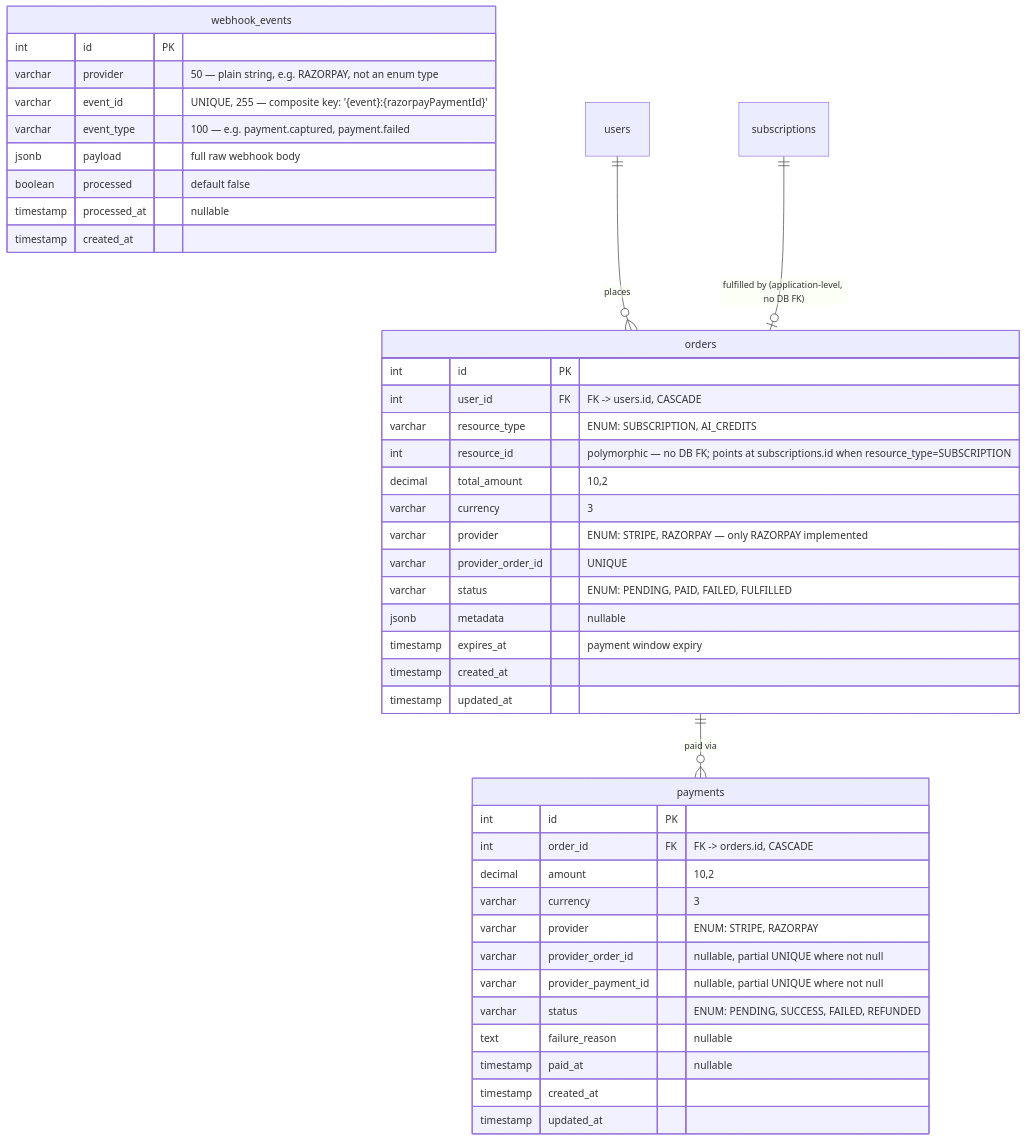
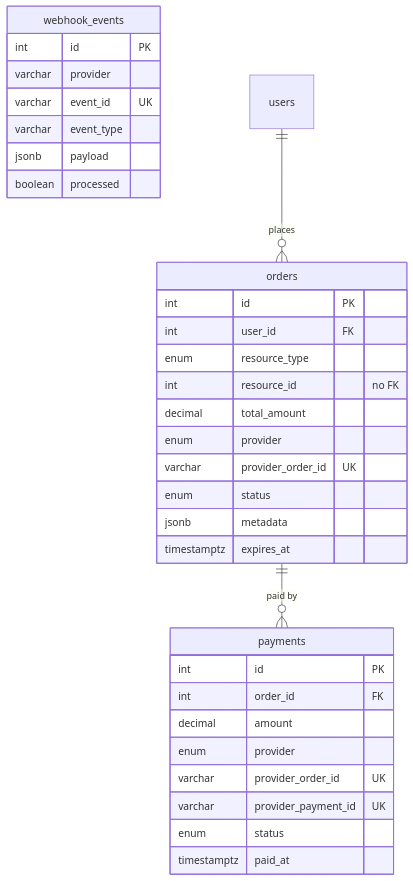
One commit to sharma-dikshant/TestFlow-Docs changed diagram 11 of 14 in docs/erd.md. Above: the diagram before and after it, drawn with Mermaid. The commit also changed other lines of this file and 26 other files, not shown here.

````diff
--- a/docs/erd.md
+++ b/docs/erd.md
@@ -385,49 +1221,35 @@
 ```mermaid
 erDiagram
-
     orders {
         int id PK
-        int user_id FK "FK -> users.id, CASCADE"
-        varchar resource_type "ENUM: SUBSCRIPTION, AI_CREDITS"
-        int resource_id "polymorphic — no DB FK; points at subscriptions.id when resource_type=SUBSCRIPTION"
-        decimal total_amount "10,2"
-        varchar currency "3"
-        varchar provider "ENUM: STRIPE, RAZORPAY — only RAZORPAY implemented"
-        varchar provider_order_id "UNIQUE"
-        varchar status "ENUM: PENDING, PAID, FAILED, FULFILLED"
-        jsonb metadata "nullable"
-        timestamp expires_at "payment window expiry"
-        timestamp created_at
-        timestamp updated_at
+        int user_id FK
+        enum resource_type
+        int resource_id "no FK"
+        decimal total_amount
+        enum provider
+        varchar provider_order_id UK
+        enum status
+        jsonb metadata
+        timestamptz expires_at
     }
-
     payments {
         int id PK
-        int order_id FK "FK -> orders.id, CASCADE"
-        decimal amount "10,2"
-        varchar currency "3"
-        varchar provider "ENUM: STRIPE, RAZORPAY"
-        varchar provider_order_id "nullable, partial UNIQUE where not null"
-        varchar provider_payment_id "nullable, partial UNIQUE where not null"
-        varchar status "ENUM: PENDING, SUCCESS, FAILED, REFUNDED"
-        text failure_reason "nullable"
-        timestamp paid_at "nullable"
-        timestamp created_at
-        timestamp updated_at
+        int order_id FK
+        decimal amount
+        enum provider
+        varchar provider_order_id UK
+        varchar provider_payment_id UK
+        enum status
+        timestamptz paid_at
     }
-
     webhook_events {
         int id PK
-        varchar provider "50 — plain string, e.g. RAZORPAY, not an enum type"
-        varchar event_id "UNIQUE, 255 — composite key: '{event}:{razorpayPaymentId}'"
-        varchar event_type "100 — e.g. payment.captured, payment.failed"
-        jsonb payload "full raw webhook body"
-        boolean processed "default false"
-        timestamp processed_at "nullable"
-        timestamp created_at
+        varchar provider
+        varchar event_id UK
+        varchar event_type
+        jsonb payload
+        boolean processed
     }
-
-    users ||--o{ orders : places
-    orders ||--o{ payments : "paid via"
-    subscriptions ||--o| orders : "fulfilled by (application-level, no DB FK)"
+    users ||--o{ orders : "places"
+    orders ||--o{ payments : "paid by"
 ```
````
